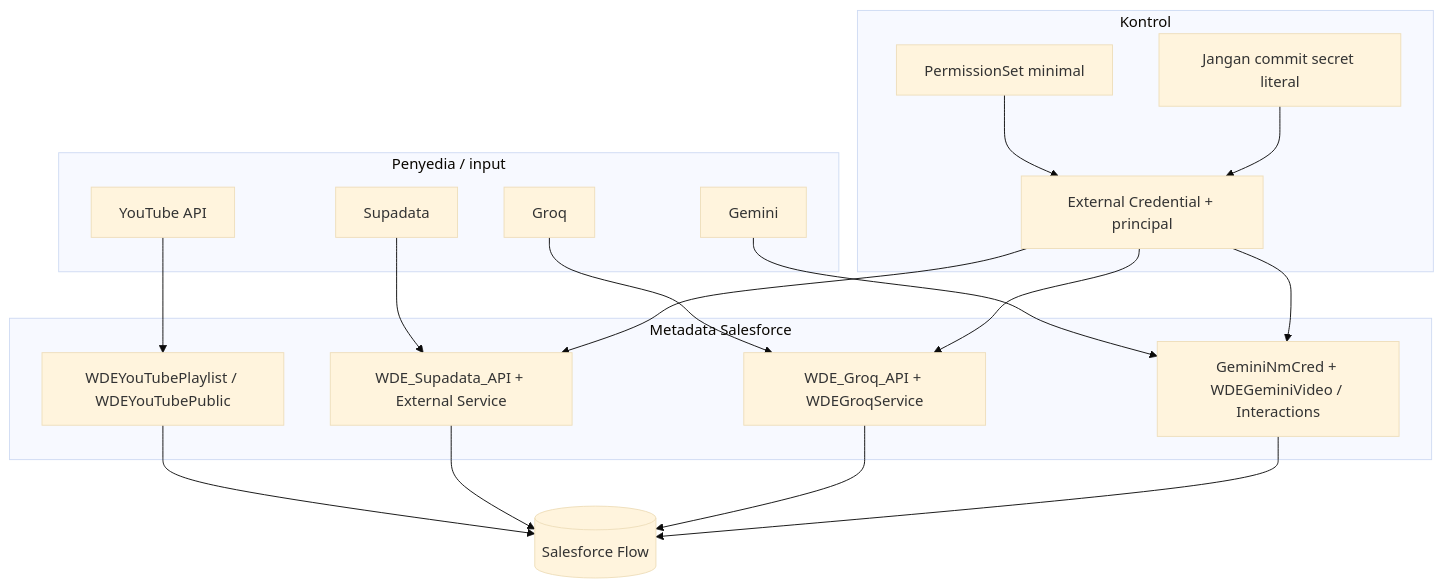
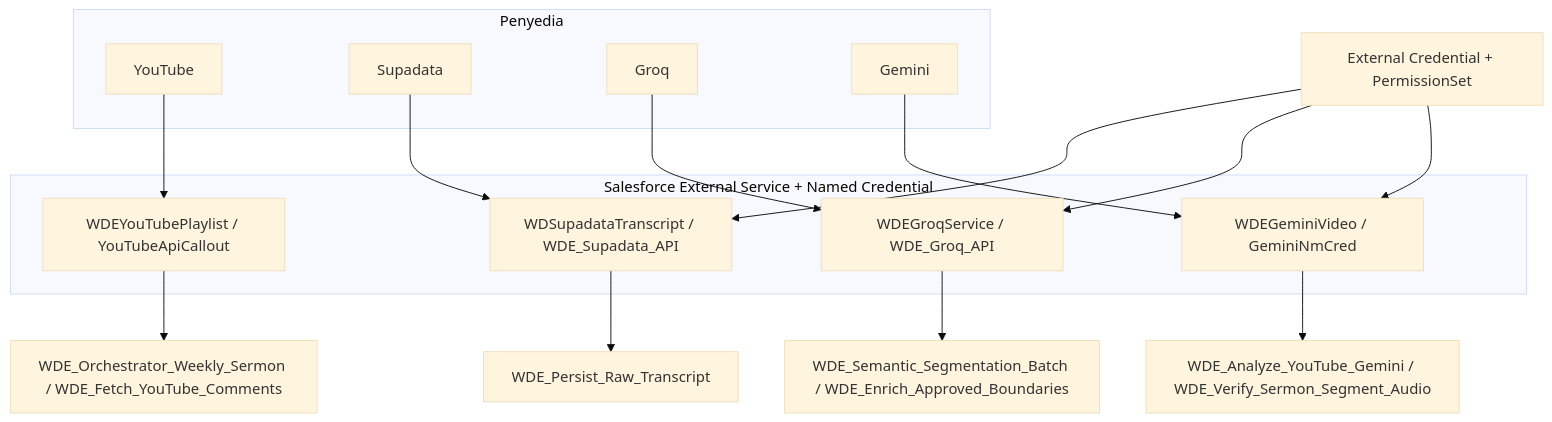
Diagram 17 of 28 in SADD-WDE.md (jimmytobing/Syntetic-Wisdom), drawn with Mermaid (base theme) before and after one commit. The commit also changed other lines of this file, not shown here.

Commit message:
docs(wde): align visual SADD with two-workflow cleanup and label all Salesforce flows

````diff
--- a/SADD-WDE.md
+++ b/SADD-WDE.md
@@ -350,33 +362,22 @@
 ```mermaid
-flowchart TB
-  subgraph V["Penyedia / input"]
-    Y["YouTube API"]
-    SU["Supadata"]
-    GR["Groq"]
-    GE["Gemini"]
+flowchart TD
+  subgraph API["Penyedia"]
+    Y["YouTube"]
+    S["Supadata"]
+    G["Groq"]
+    M["Gemini"]
   end
-  subgraph N["Metadata Salesforce"]
-    YN["WDEYouTubePlaylist / WDEYouTubePublic"]
-    SN["WDE_Supadata_API + External Service"]
-    GN["WDE_Groq_API + WDEGroqService"]
-    MN["GeminiNmCred + WDEGeminiVideo / Interactions"]
+  subgraph NC["Salesforce External Service + Named Credential"]
+    YNC["WDEYouTubePlaylist / YouTubeApiCallout"]
+    SNC["WDSupadataTranscript / WDE_Supadata_API"]
+    GNC["WDEGroqService / WDE_Groq_API"]
+    MNC["WDEGeminiVideo / GeminiNmCred"]
   end
-  subgraph C["Kontrol"]
-    EXT["External Credential + principal"]
-    PS["PermissionSet minimal"]
-    SRC["Jangan commit secret literal"]
-  end
-  Y --> YN
-  SU --> SN
-  GR --> GN
-  GE --> MN
-  EXT --> SN
-  EXT --> GN
-  EXT --> MN
-  PS --> EXT
-  SRC --> EXT
-  YN --> SALES[("Salesforce Flow")]
-  SN --> SALES
-  GN --> SALES
-  MN --> SALES
+  Y --> YNC --> D["WDE_Orchestrator_Weekly_Sermon / WDE_Fetch_YouTube_Comments"]
+  S --> SNC --> T["WDE_Persist_Raw_Transcript"]
+  G --> GNC --> A["WDE_Semantic_Segmentation_Batch / WDE_Enrich_Approved_Boundaries"]
+  M --> MNC --> QA["WDE_Analyze_YouTube_Gemini / WDE_Verify_Sermon_Segment_Audio"]
+  AUTH["External Credential + PermissionSet"] --> SNC
+  AUTH --> GNC
+  AUTH --> MNC
 ```
````
